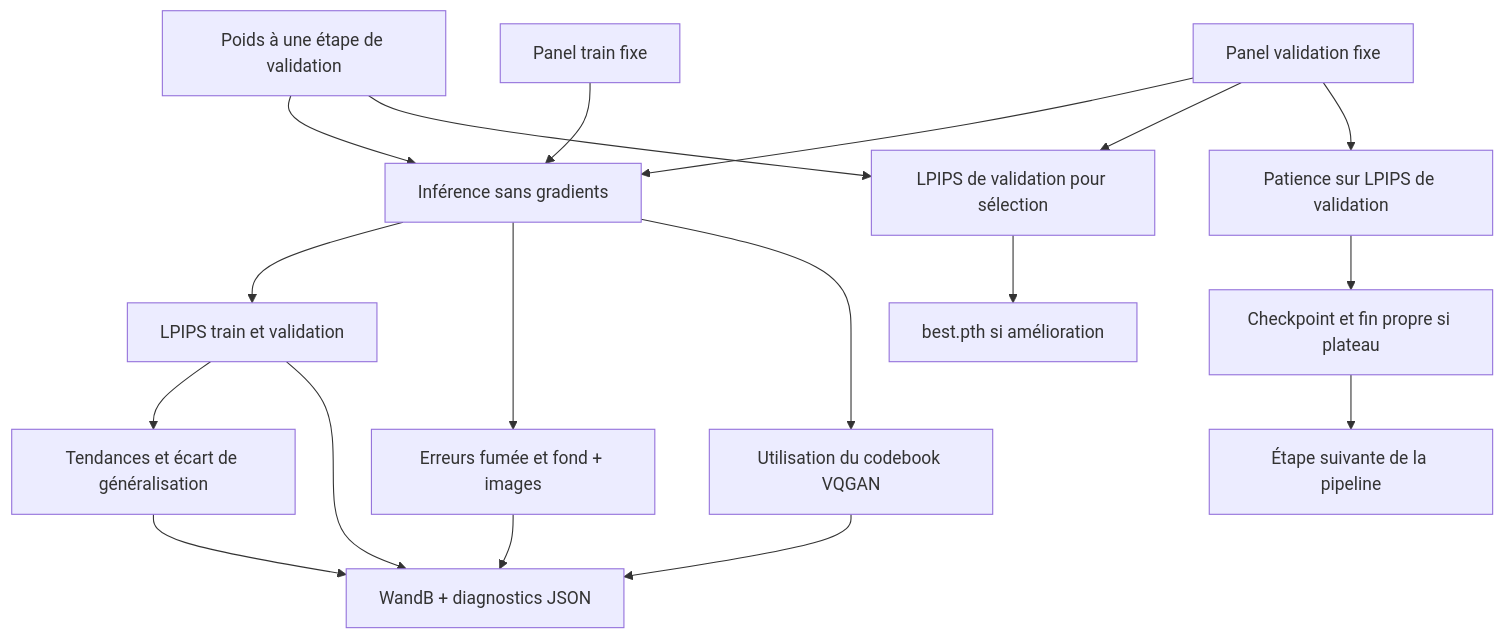
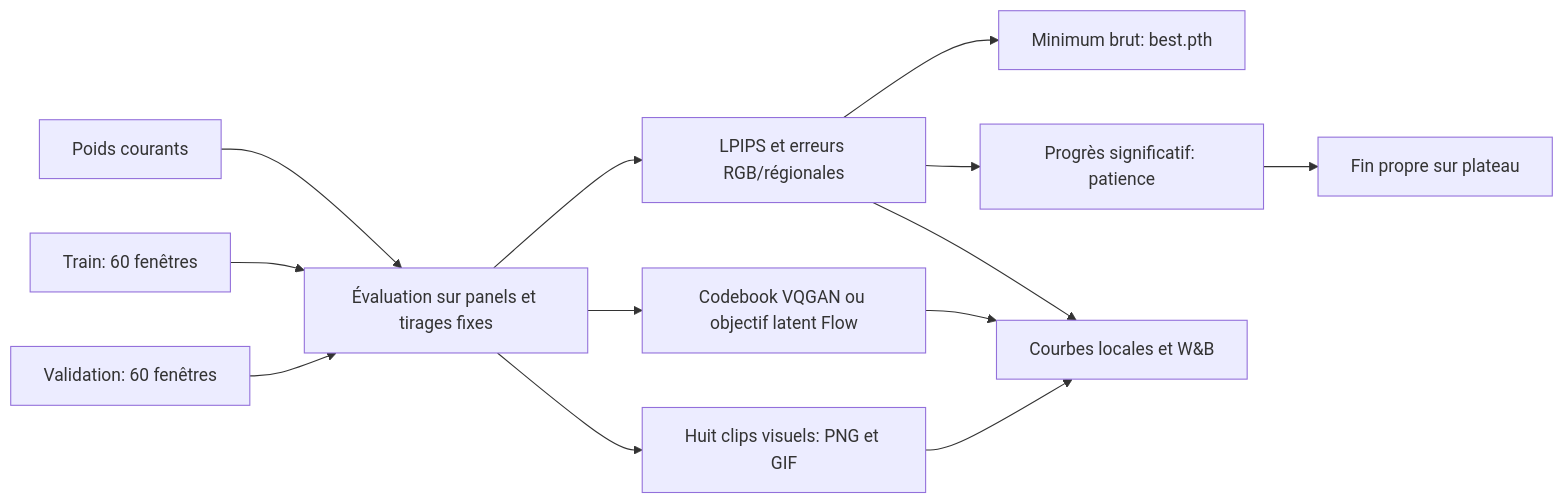
Before and after one commit to omdrift/Modelisation-panaches-de-fum-es-industrielles-par-Flow-Matching: the third of 4 diagrams in doc/ARCHITECTURE.md, drawn with Mermaid. The commit also changed other lines of this file and 32 other files, not shown here.

````diff
--- a/doc/ARCHITECTURE.md
+++ b/doc/ARCHITECTURE.md
@@ -48,20 +51,15 @@
 ```mermaid
-flowchart TD
-    A[Poids à une étape de validation] --> B[Inférence sans gradients]
-    T[Panel train fixe] --> B
-    V[Panel validation fixe] --> B
-    B --> C[LPIPS train et validation]
-    B --> D[Erreurs fumée et fond + images]
-    B --> E[Utilisation du codebook VQGAN]
-    C --> F[Tendances et écart de généralisation]
-    V --> G[LPIPS de validation pour sélection]
-    A --> G
-    G --> H[best.pth si amélioration]
-    V --> P[Patience sur LPIPS de validation]
-    P --> R[Checkpoint et fin propre si plateau]
-    R --> S[Étape suivante de la pipeline]
-    C --> J[WandB + diagnostics JSON]
-    D --> J
-    E --> J
-    F --> J
+flowchart LR
+    A[Poids courants] --> B[Évaluation sur panels et tirages fixes]
+    T[Train: 60 fenêtres] --> B
+    V[Validation: 60 fenêtres] --> B
+    B --> C[LPIPS et erreurs RGB/régionales]
+    B --> D[Codebook VQGAN ou objectif latent Flow]
+    B --> E[Huit clips visuels: PNG et GIF]
+    C --> F[Minimum brut: best.pth]
+    C --> G[Progrès significatif: patience]
+    G --> H[Fin propre sur plateau]
+    C --> I[Courbes locales et W&B]
+    D --> I
+    E --> I
 ```
````
